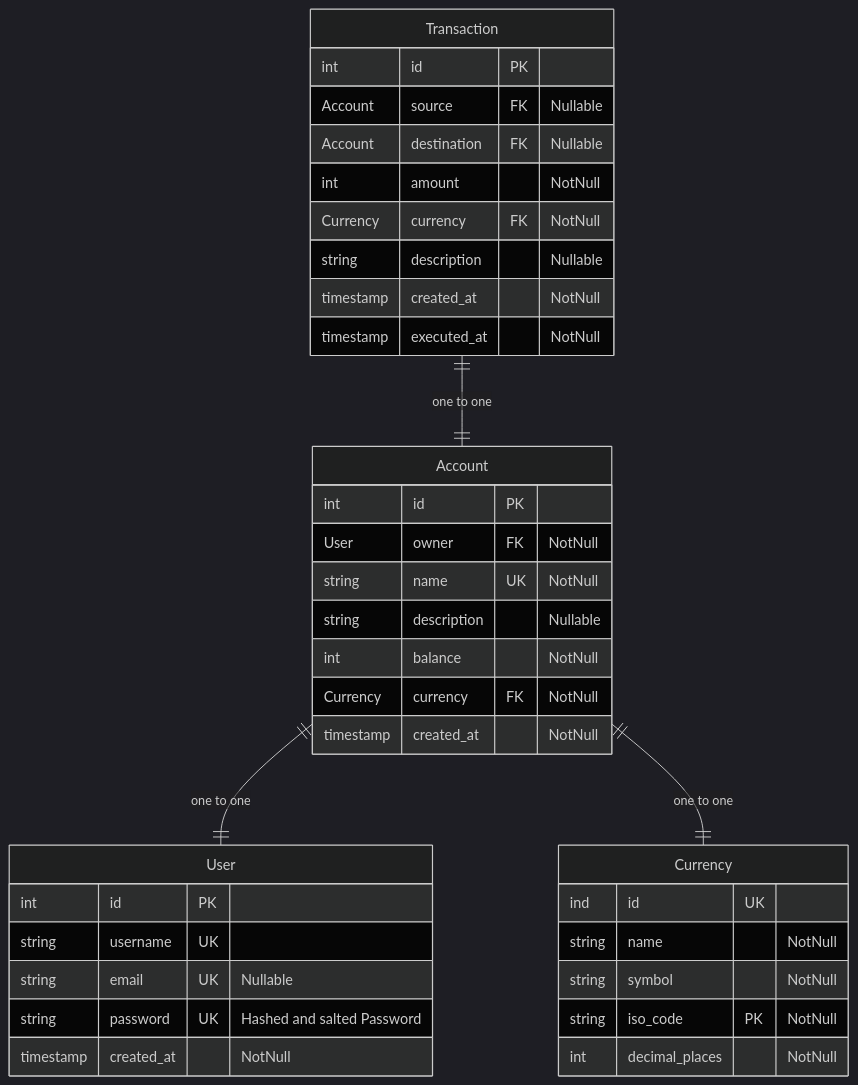
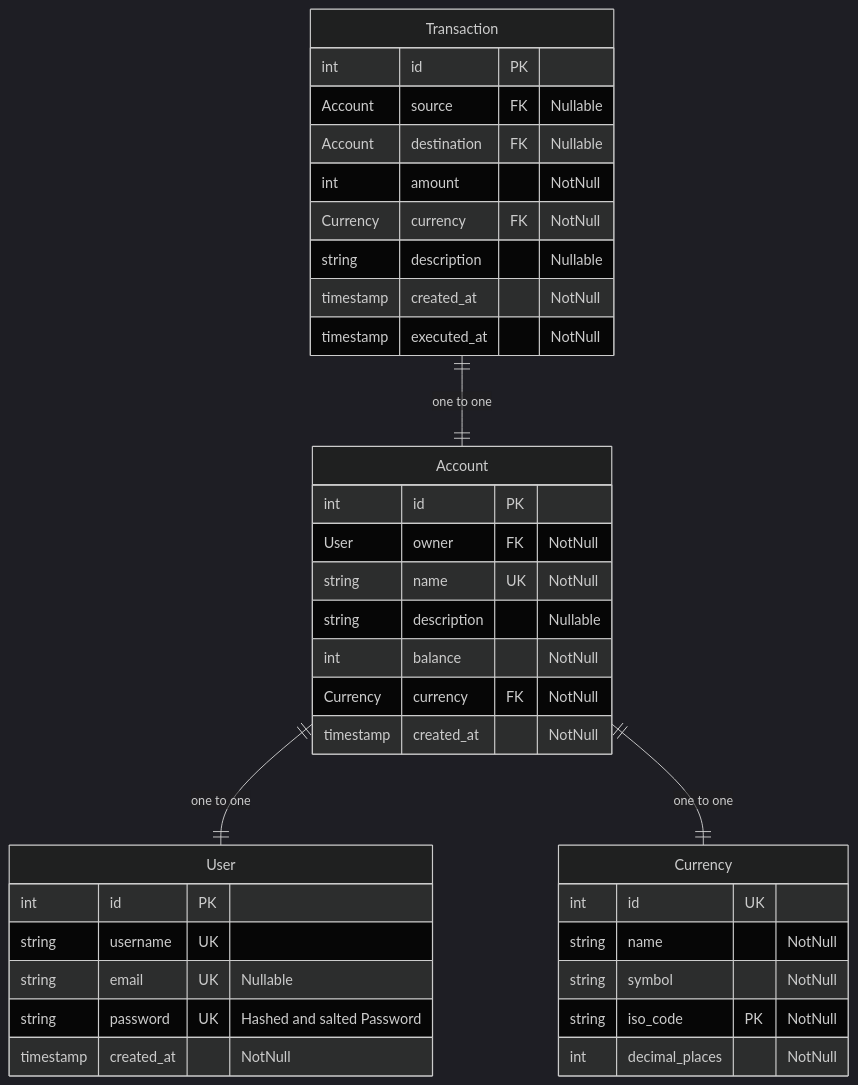
One commit to jt-foss/financrr-app changed the diagram in src/db/README.md. Above: the diagram before and after it, drawn with Mermaid (dark theme).

````diff
--- a/src/db/README.md
+++ b/src/db/README.md
@@ -5,43 +5,43 @@
 ```mermaid
 
 erDiagram
 	User {
 		int id PK
 		string username UK
 		string email UK "Nullable"
 		string password UK "Hashed and salted Password"
 		timestamp created_at "NotNull"
 	}
 
 	Currency {
-		ind id UK
+		int id UK
 		string name "NotNull"
 		string symbol "NotNull"
 		string iso_code PK "NotNull"
 		int decimal_places "NotNull"
 	}
 	
 	Account {
 		int id PK
 		User owner FK "NotNull"
 		string name UK "NotNull"
 		string description "Nullable"
 		int balance "NotNull"
 		Currency currency FK "NotNull"
 		timestamp created_at "NotNull"
 	}
 	Account ||--|| User : "one to one"
 	Account ||--|| Currency : "one to one"
 	
 	Transaction {
 		int id PK
 		Account source FK "Nullable"
 		Account destination FK "Nullable"
 		int amount "NotNull"
 		Currency currency FK "NotNull"
 		string description "Nullable"
 		timestamp created_at "NotNull"
 		timestamp executed_at "NotNull"
 	}
 	Transaction ||--|| Account : "one to one"
 ```
````
